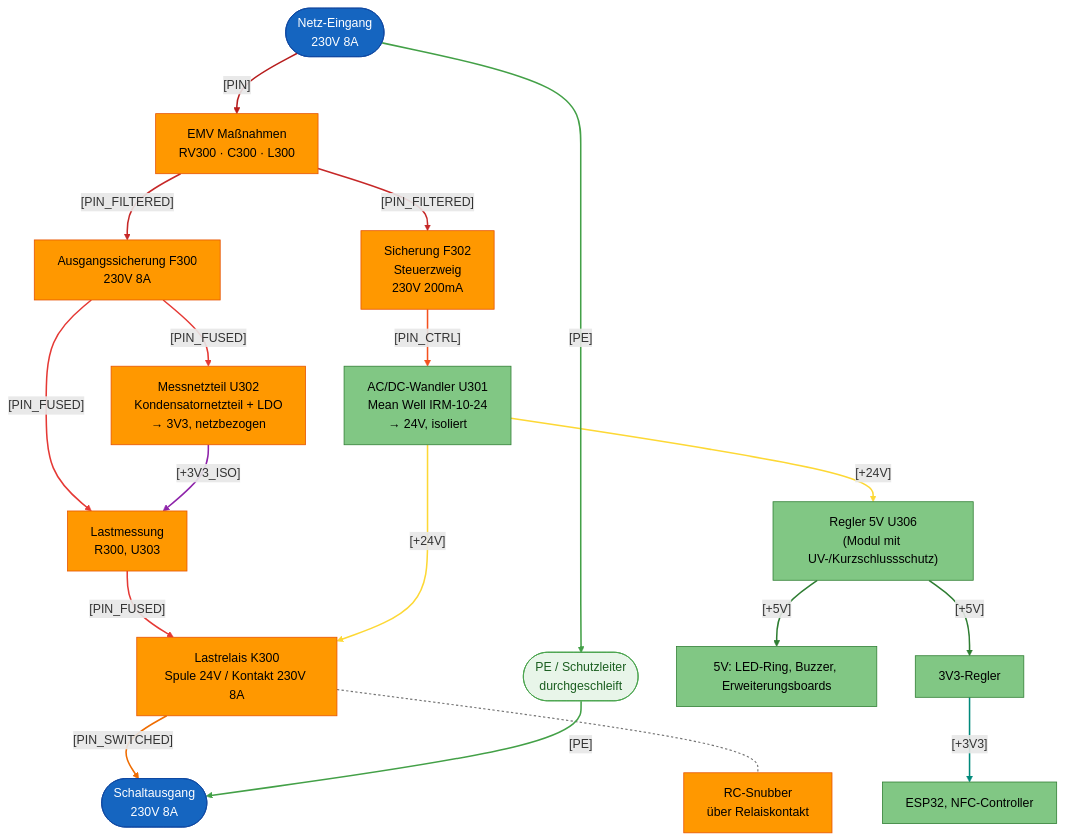
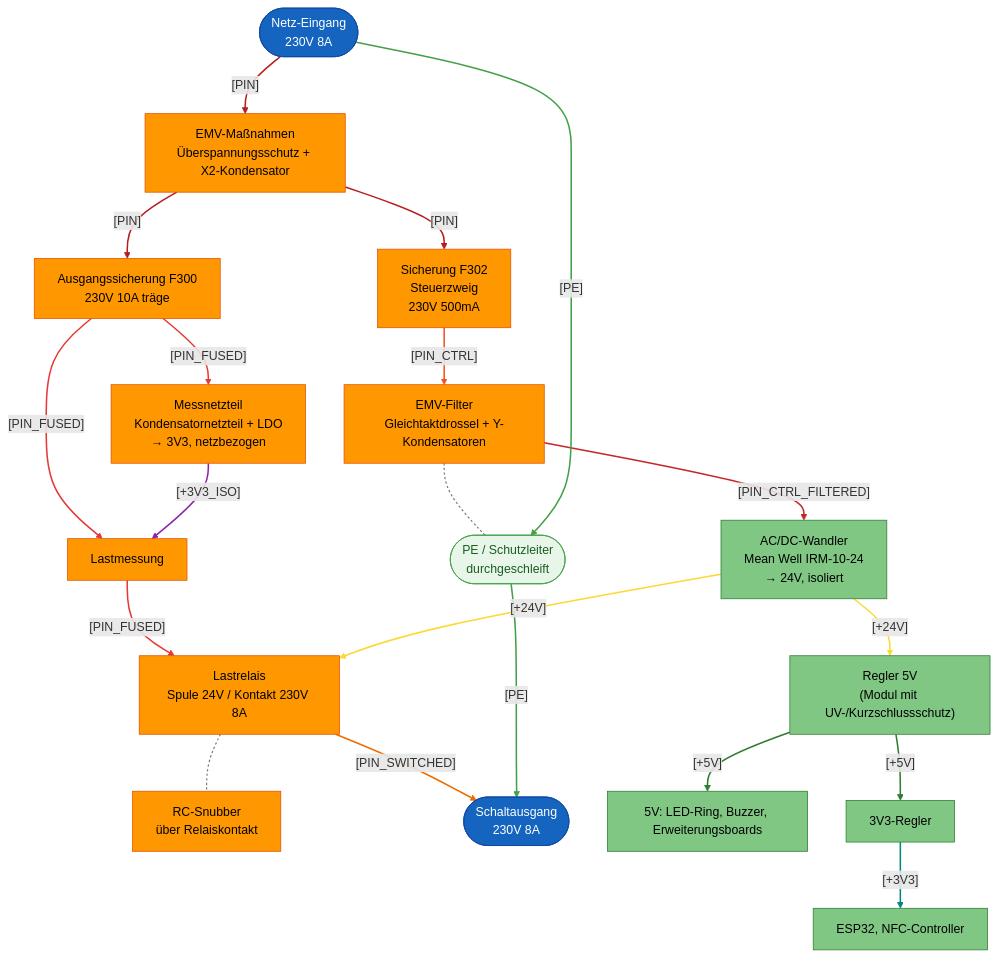
The second of 3 diagrams in hardware/projects/RFID_BOX/README.md (FREILab/easyVerwaltungHardware), drawn with Mermaid before and after one commit. The commit also changed other lines of this file and 4 other files, not shown here.

First line of the commit message:
EMV-Filter vom Netzeingang in den Steuerzweig verlegt

````diff
--- a/hardware/projects/RFID_BOX/README.md
+++ b/hardware/projects/RFID_BOX/README.md
@@ -243,59 +249,62 @@
 ```mermaid
 flowchart TB
     NETZ([Netz-Eingang<br/>230V 8A])
-    EMV["EMV Maßnahmen<br/>RV300 · C300 · L300"]
-    FLAST["Ausgangssicherung F300<br/>230V 8A"]
-    MESS["Lastmessung<br/>R300, U303"]
-    REL["Lastrelais K300<br/>Spule 24V / Kontakt 230V 8A"]
+    EMV["EMV-Maßnahmen<br/>Überspannungsschutz + X2-Kondensator"]
+    FLAST["Ausgangssicherung F300<br/>230V 10A träge"]
+    MESS[Lastmessung]
+    REL["Lastrelais<br/>Spule 24V / Kontakt 230V 8A"]
     SNUB["RC-Snubber<br/>über Relaiskontakt"]
     OUT([Schaltausgang <br/>230V 8A])
     PE([PE / Schutzleiter<br/>durchgeschleift])
 
-    FSTEUER["Sicherung F302<br/>Steuerzweig<br/>230V 200mA"]
-    ACDC["AC/DC-Wandler U301<br/>Mean Well IRM-10-24<br/>→ 24V, isoliert"]
-    REG5V["Regler 5V U306<br/>(Modul mit UV-/Kurzschlussschutz)"]
+    FSTEUER["Sicherung F302<br/>Steuerzweig<br/>230V 500mA"]
+    FILT["EMV-Filter<br/>Gleichtaktdrossel + Y-Kondensatoren"]
+    ACDC["AC/DC-Wandler<br/>Mean Well IRM-10-24<br/>→ 24V, isoliert"]
+    REG5V["Regler 5V<br/>(Modul mit UV-/Kurzschlussschutz)"]
     V5[5V: LED-Ring, Buzzer, Erweiterungsboards]
     V33[3V3-Regler]
     LOGIK[ESP32, NFC-Controller]
-    DROP["Messnetzteil U302<br/>Kondensatornetzteil + LDO<br/>→ 3V3, netzbezogen"]
+    DROP["Messnetzteil<br/>Kondensatornetzteil + LDO<br/>→ 3V3, netzbezogen"]
 
     NETZ -->|"[PIN]"| EMV
-    EMV -->|"[PIN_FILTERED]"| FLAST
+    EMV -->|"[PIN]"| FLAST
     FLAST -->|"[PIN_FUSED]"| MESS
     MESS -->|"[PIN_FUSED]"| REL
     REL -->|"[PIN_SWITCHED]"| OUT
     REL -.- SNUB
-    EMV -->|"[PIN_FILTERED]"| FSTEUER
-    FSTEUER -->|"[PIN_CTRL]"| ACDC
+    FLAST -->|"[PIN_FUSED]"| DROP
+    DROP -->|"[+3V3_ISO]"| MESS
+    EMV -->|"[PIN]"| FSTEUER
+    FSTEUER -->|"[PIN_CTRL]"| FILT
+    FILT -->|"[PIN_CTRL_FILTERED]"| ACDC
+    FILT -.- PE
     ACDC -->|"[+24V]"| REG5V
     ACDC -->|"[+24V]"| REL
     REG5V -->|"[+5V]"| V5
     REG5V -->|"[+5V]"| V33
     V33 -->|"[+3V3]"| LOGIK
-    FLAST -->|"[PIN_FUSED]"| DROP
-    DROP -->|"[+3V3_ISO]"| MESS
     NETZ -->|"[PE]"| PE
     PE -->|"[PE]"| OUT
 
-    linkStyle 0 stroke:#b71c1c,stroke-width:2px
-    linkStyle 1,6 stroke:#c62828,stroke-width:2px
-    linkStyle 2,3,13 stroke:#e53935,stroke-width:2px
+    linkStyle 0,1,8 stroke:#b71c1c,stroke-width:2px
+    linkStyle 2,3,6 stroke:#e53935,stroke-width:2px
     linkStyle 4 stroke:#ef6c00,stroke-width:2px
-    linkStyle 5 stroke:#757575,stroke-width:1.5px,stroke-dasharray:3 3
-    linkStyle 7 stroke:#f4511e,stroke-width:2px
-    linkStyle 8,9 stroke:#fdd835,stroke-width:2px
-    linkStyle 10,11 stroke:#2e7d32,stroke-width:2px
-    linkStyle 12 stroke:#00897b,stroke-width:2px
-    linkStyle 14 stroke:#8e24aa,stroke-width:2px
-    linkStyle 15,16 stroke:#43a047,stroke-width:2px
+    linkStyle 5,11 stroke:#757575,stroke-width:1.5px,stroke-dasharray:3 3
+    linkStyle 7 stroke:#8e24aa,stroke-width:2px
+    linkStyle 9 stroke:#f4511e,stroke-width:2px
+    linkStyle 10 stroke:#c62828,stroke-width:2px
+    linkStyle 12,13 stroke:#fdd835,stroke-width:2px
+    linkStyle 14,15 stroke:#2e7d32,stroke-width:2px
+    linkStyle 16 stroke:#00897b,stroke-width:2px
+    linkStyle 17,18 stroke:#43a047,stroke-width:2px
 
     classDef term230 fill:#1565c0,color:#fff,stroke:#0d47a1
     classDef part230 fill:#ff9800,color:#000,stroke:#e65100
     classDef partSELV fill:#81c784,color:#000,stroke:#2e7d32
     classDef pe fill:#e8f5e9,color:#1b5e20,stroke:#43a047
 
     class NETZ,OUT term230
-    class FLAST,MESS,REL,FSTEUER,EMV,SNUB,DROP part230
+    class EMV,FLAST,MESS,REL,FSTEUER,FILT,SNUB,DROP part230
     class ACDC,REG5V,V5,V33,LOGIK partSELV
     class PE pe
 ```
````
